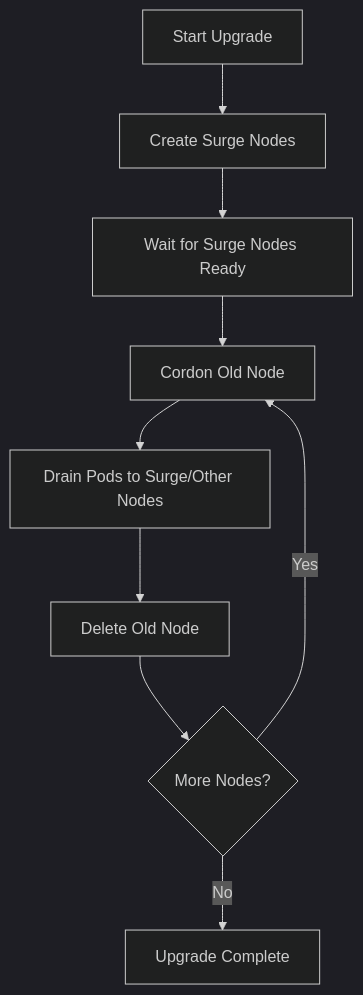
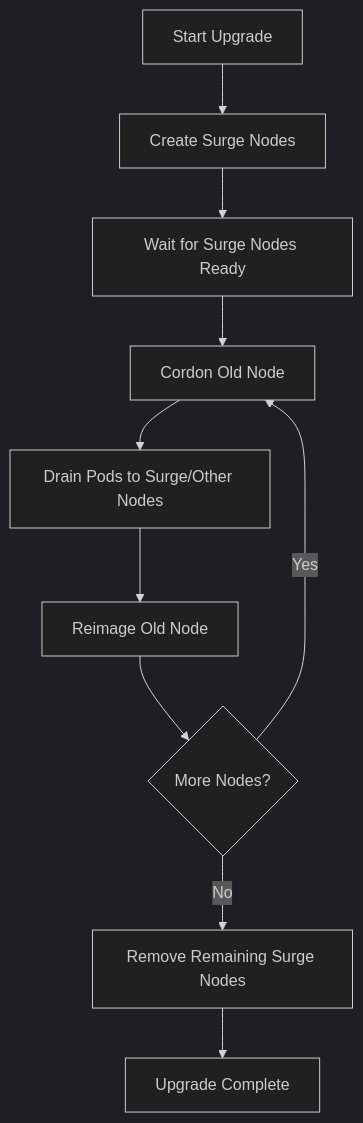
The diagram in posts/2026-02-16-how-to-configure-aks-node-surge-upgrade-settings-to-minimize-workload-disruption/README.md (OneUptime/blog), drawn with Mermaid (dark theme) before and after one commit. The commit also changed other lines of this file and 2 other files, not shown here.

Commit message:
validate: 2026-02-16-how-to-configure-aks-node-surge-upgrade-settings-to-minimize-workload-disruption

````diff
--- a/posts/2026-02-16-how-to-configure-aks-node-surge-upgrade-settings-to-minimize-workload-disruption/README.md
+++ b/posts/2026-02-16-how-to-configure-aks-node-surge-upgrade-settings-to-minimize-workload-disruption/README.md
@@ -26,11 +26,12 @@
 ```mermaid
 graph TD
     A[Start Upgrade] --> B[Create Surge Nodes]
     B --> C[Wait for Surge Nodes Ready]
     C --> D[Cordon Old Node]
     D --> E[Drain Pods to Surge/Other Nodes]
-    E --> F[Delete Old Node]
+    E --> F[Reimage Old Node]
     F --> G{More Nodes?}
     G -->|Yes| D
-    G -->|No| H[Upgrade Complete]
+    G -->|No| H[Remove Remaining Surge Nodes]
+    H --> I[Upgrade Complete]
 ```
````
